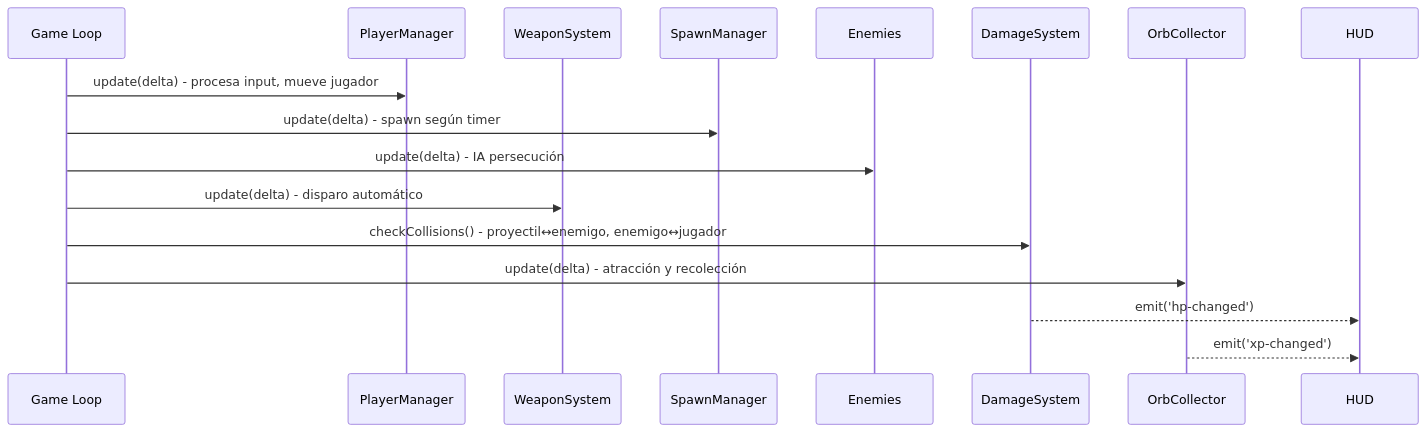
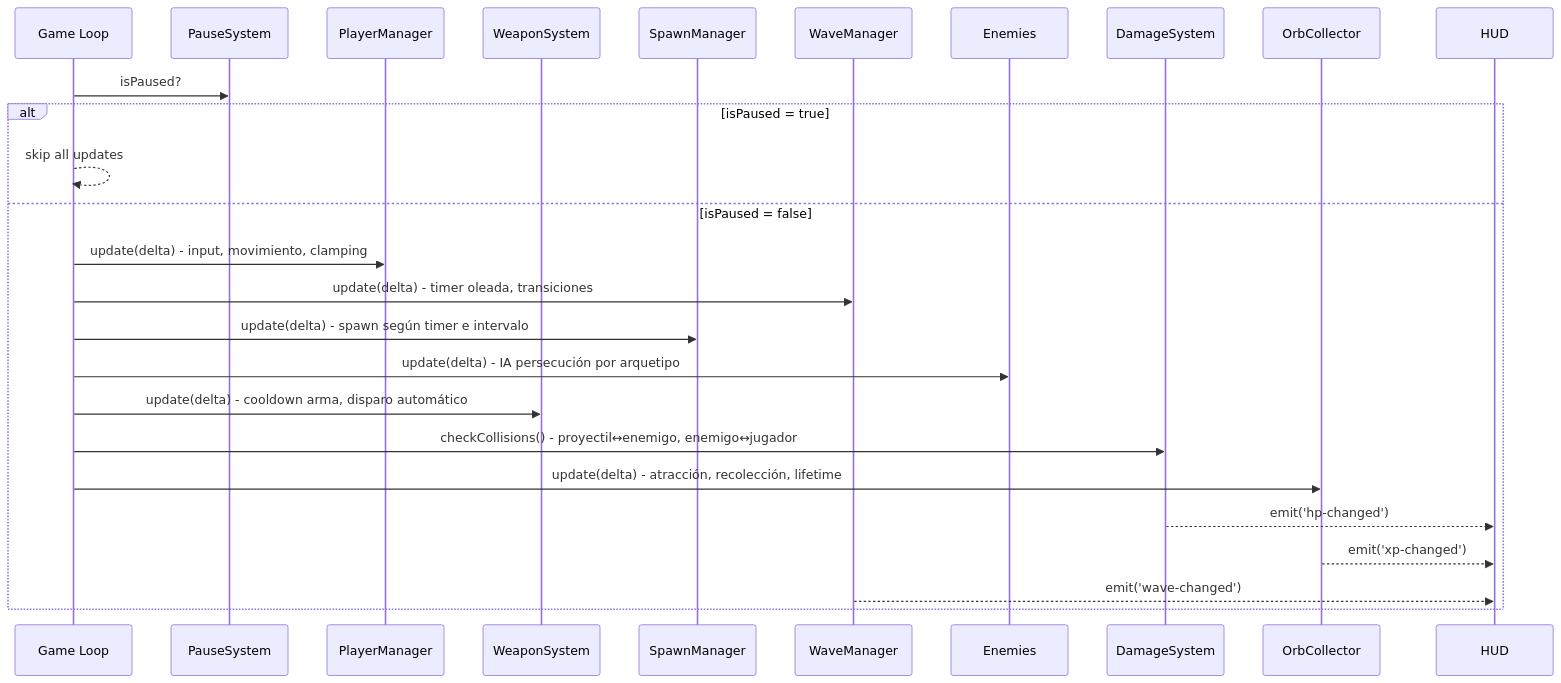
One commit to Cesar-ESR/mictlan-survivor-game-kiro changed the second of 3 diagrams in .kiro/specs/mictlan-survivor-core/design.md. Above: the diagram before and after it, drawn with Mermaid. The commit also changed other lines of this file and 2 other files, not shown here.

````diff
--- a/.kiro/specs/mictlan-survivor-core/design.md
+++ b/.kiro/specs/mictlan-survivor-core/design.md
@@ -72,20 +82,29 @@
 ```mermaid
 sequenceDiagram
     participant GL as Game Loop
+    participant PS as PauseSystem
     participant PM as PlayerManager
     participant WPS as WeaponSystem
     participant SM as SpawnManager
+    participant WM as WaveManager
     participant EN as Enemies
     participant DMS as DamageSystem
     participant OC as OrbCollector
     participant HUD as HUD
 
-    GL->>PM: update(delta) - procesa input, mueve jugador
-    GL->>SM: update(delta) - spawn según timer
-    GL->>EN: update(delta) - IA persecución
-    GL->>WPS: update(delta) - disparo automático
-    GL->>DMS: checkCollisions() - proyectil↔enemigo, enemigo↔jugador
-    GL->>OC: update(delta) - atracción y recolección
-    DMS-->>HUD: emit('hp-changed')
-    OC-->>HUD: emit('xp-changed')
+    GL->>PS: isPaused?
+    alt isPaused = true
+        GL-->>GL: skip all updates
+    else isPaused = false
+        GL->>PM: update(delta) - input, movimiento, clamping
+        GL->>WM: update(delta) - timer oleada, transiciones
+        GL->>SM: update(delta) - spawn según timer e intervalo
+        GL->>EN: update(delta) - IA persecución por arquetipo
+        GL->>WPS: update(delta) - cooldown arma, disparo automático
+        GL->>DMS: checkCollisions() - proyectil↔enemigo, enemigo↔jugador
+        GL->>OC: update(delta) - atracción, recolección, lifetime
+        DMS-->>HUD: emit('hp-changed')
+        OC-->>HUD: emit('xp-changed')
+        WM-->>HUD: emit('wave-changed')
+    end
 ```
````
